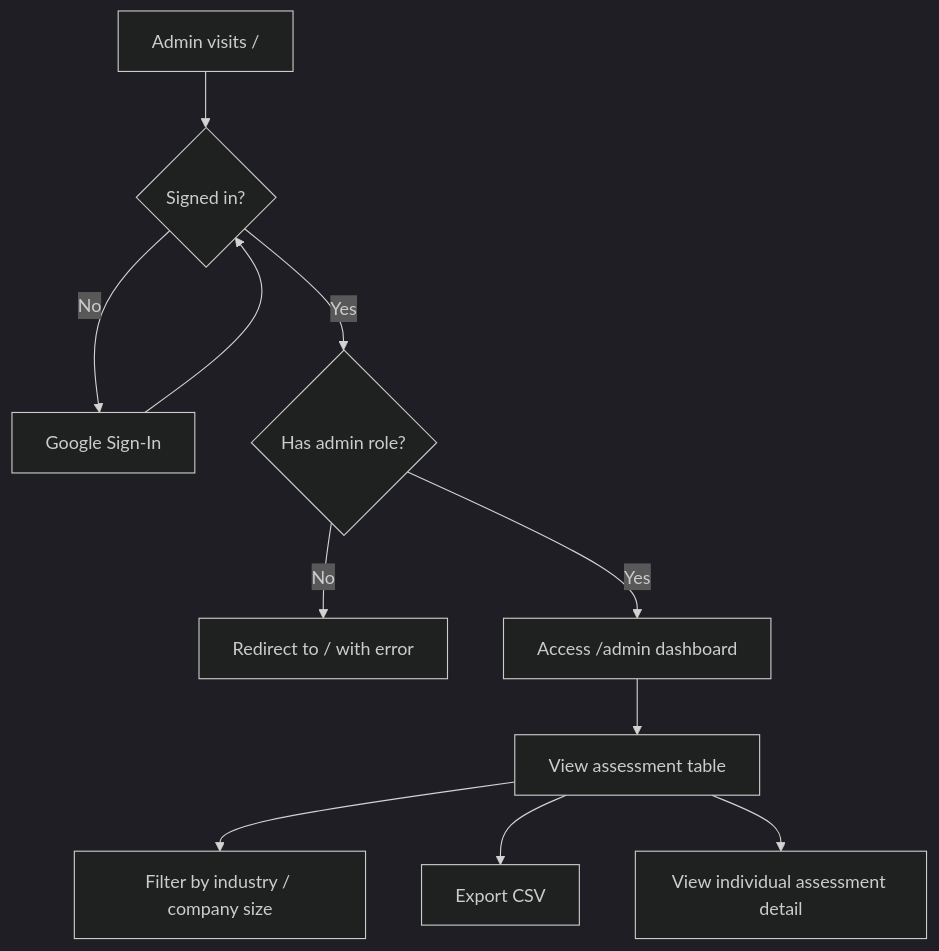
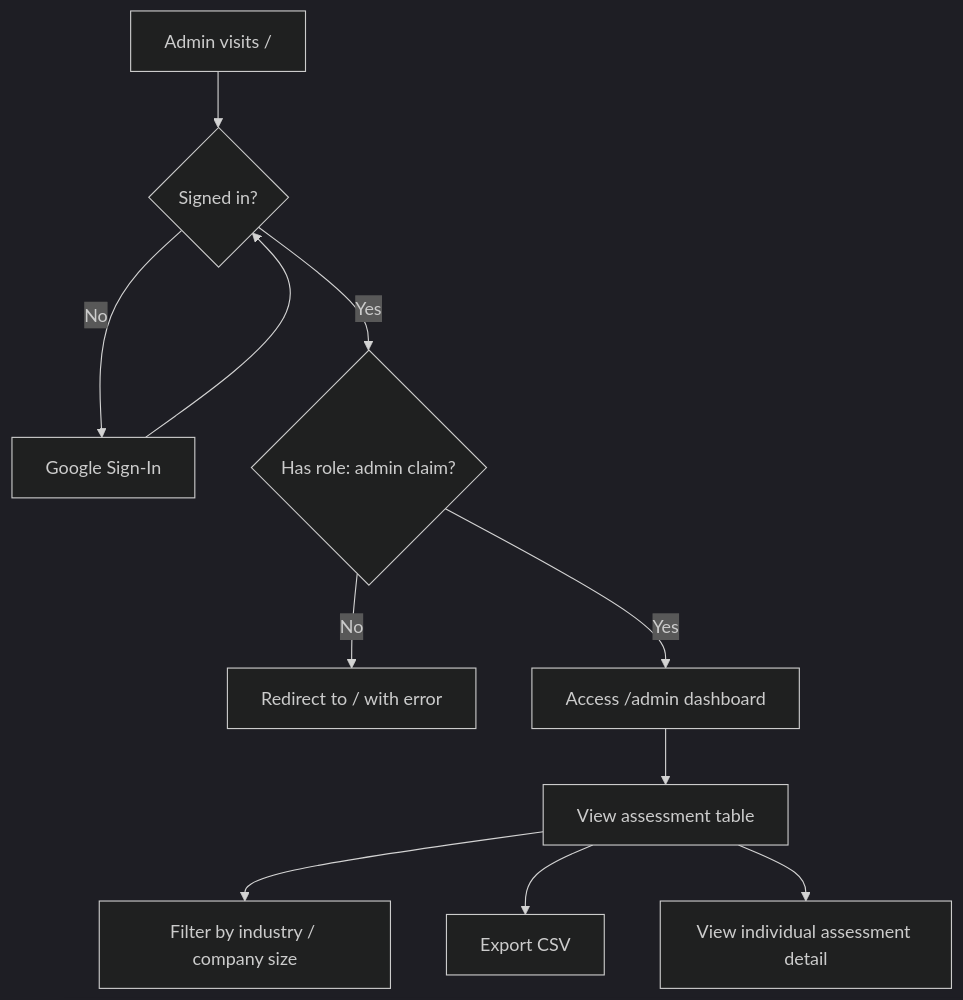
The second of 7 diagrams in docs/product/user-flow.md (sathittham/factory-sync-solutions), drawn with Mermaid (dark theme) before and after one commit. The commit also changed other lines of this file and 101 other files, not shown here.

````diff
--- a/docs/product/user-flow.md
+++ b/docs/product/user-flow.md
@@ -48,13 +51,13 @@
 ```mermaid
 flowchart TD
     A[Admin visits /] --> B{Signed in?}
     B -- No --> C[Google Sign-In]
     C --> B
-    B -- Yes --> D{Has admin role?}
+    B -- Yes --> D{Has role: admin claim?}
     D -- No --> E[Redirect to / with error]
     D -- Yes --> F[Access /admin dashboard]
     F --> G[View assessment table]
     G --> H[Filter by industry / company size]
     G --> I[Export CSV]
     G --> J[View individual assessment detail]
 ```
````
